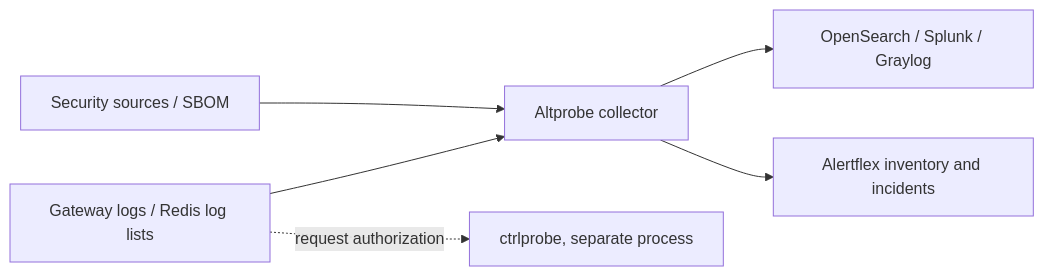
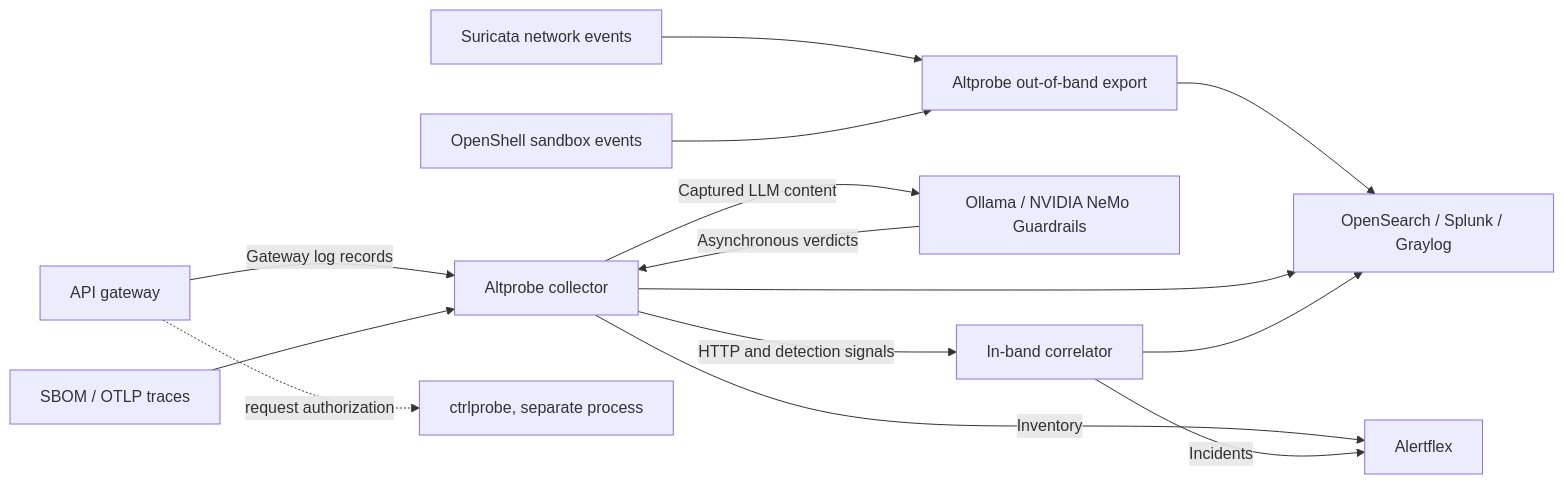
Before and after one commit to olegzhr/altprobe: the diagram in README.md, drawn with Mermaid. The commit also changed other lines of this file, not shown here.

First line of the commit message:
Revise README for clarity on Altprobe features

````diff
--- a/README.md
+++ b/README.md
@@ -55,8 +51,16 @@
 ```mermaid
 flowchart LR
-    G[Gateway logs / Redis log lists] --> A[Altprobe collector]
-    S[Security sources / SBOM] --> A
-    A --> O[OpenSearch / Splunk / Graylog]
-    A --> C[Alertflex inventory and incidents]
+    G[API gateway] -->|Gateway log records| A[Altprobe collector]
+    N[Suricata network events] --> E[Altprobe out-of-band export]
+    H[OpenShell sandbox events] --> E
+    E --> O[OpenSearch / Splunk / Graylog]
+    S[SBOM / OTLP traces] --> A
+    A -->|Captured LLM content| L[Ollama / NVIDIA NeMo Guardrails]
+    L -->|Asynchronous verdicts| A
+    A -->|HTTP and detection signals| R[In-band correlator]
+    A --> O
+    R --> O
+    A -->|Inventory| C[Alertflex]
+    R -->|Incidents| C
     G -. request authorization .-> P[ctrlprobe, separate process]
 ```
````
